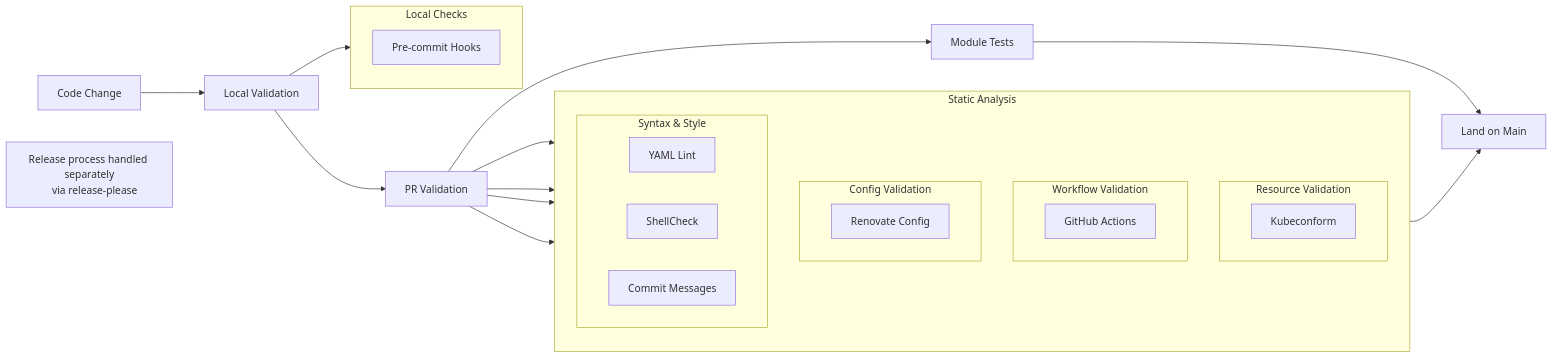
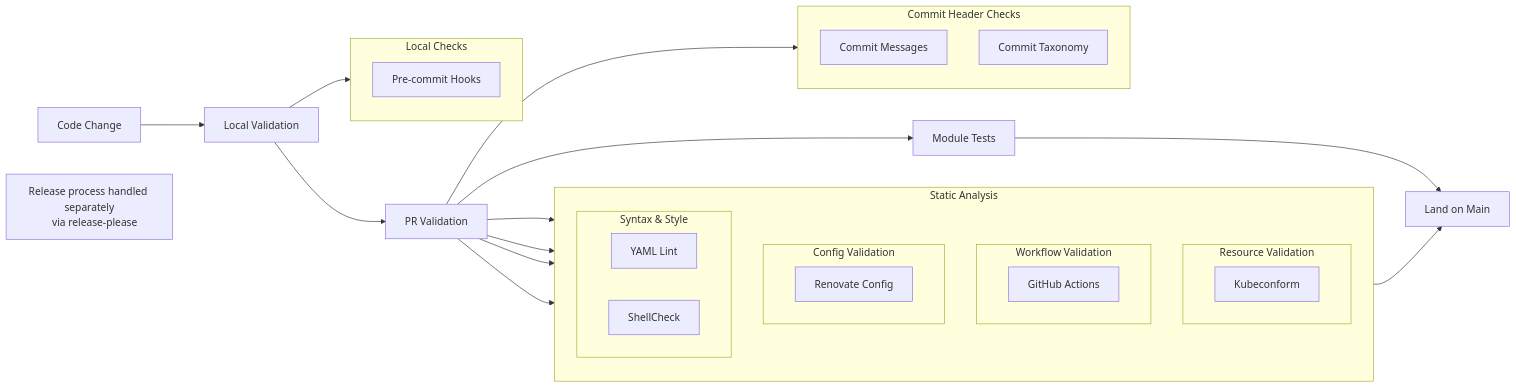
The first of 2 diagrams in OPERATIONS.md (ppat/homelab-ops-kubernetes-apps), drawn with Mermaid before and after one commit. The commit also changed other lines of this file and 19 other files, not shown here.

First line of the commit message:
ci(internal-workflows): implement the commit taxonomy and its emission-closure check (#3795)

````diff
--- a/OPERATIONS.md
+++ b/OPERATIONS.md
@@ -12,43 +12,49 @@
 ```mermaid
 flowchart LR
     A[Code Change] --> B[Local Validation]
     B --> C[PR Validation]
     C --> D[Module Tests]
     D --> M[Land on Main]
 
     subgraph local [Local Checks]
         direction TB
         L1[Pre-commit Hooks]
     end
 
     subgraph static [Static Analysis]
         direction TB
         subgraph resource [Resource Validation]
             R1[Kubeconform]
         end
 
         subgraph workflow [Workflow Validation]
             W1[GitHub Actions]
         end
 
         subgraph config [Config Validation]
             C1[Renovate Config]
         end
 
         subgraph syntax [Syntax & Style]
             S1[YAML Lint]
             S2[ShellCheck]
-            S3[Commit Messages]
         end
+    end
+
+    subgraph header [Commit Header Checks]
+        direction TB
+        H1[Commit Messages]
+        H2[Commit Taxonomy]
     end
 
     B --> L1
     C --> resource
     C --> workflow
     C --> config
     C --> syntax
+    C --> header
     static --> M
 
     note[Release process handled separately
     via release-please]
 ```
````
